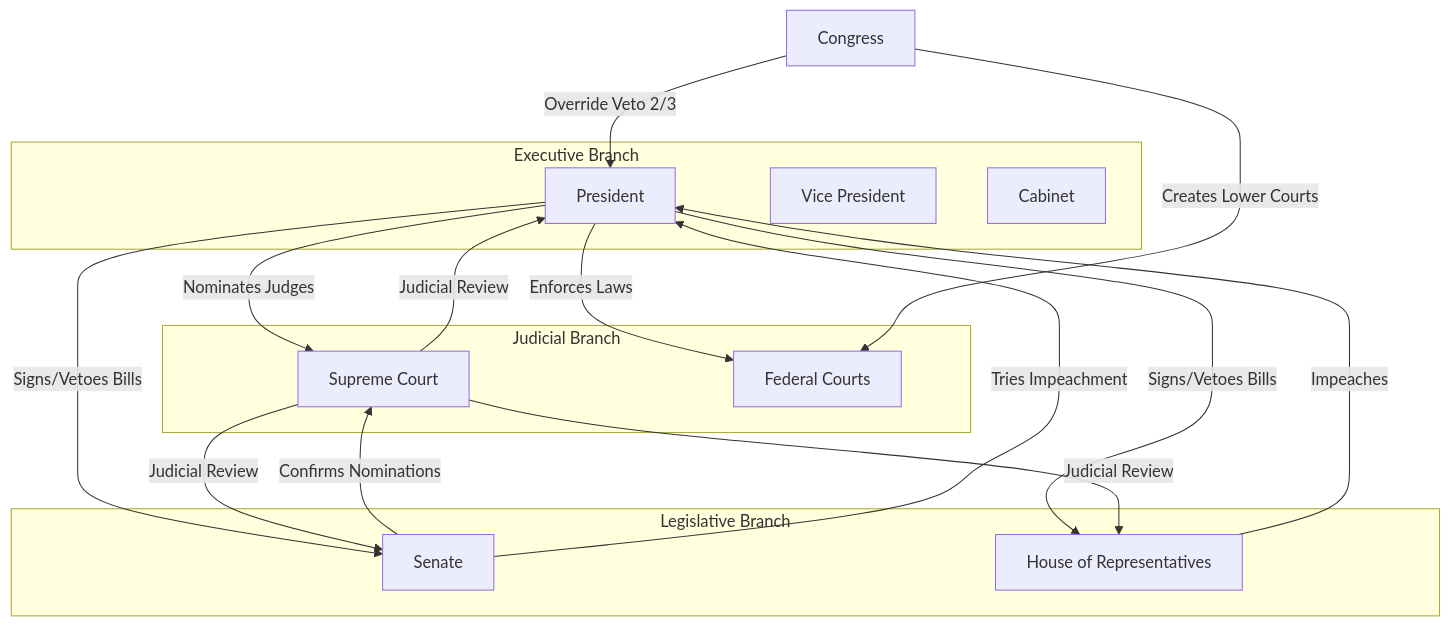
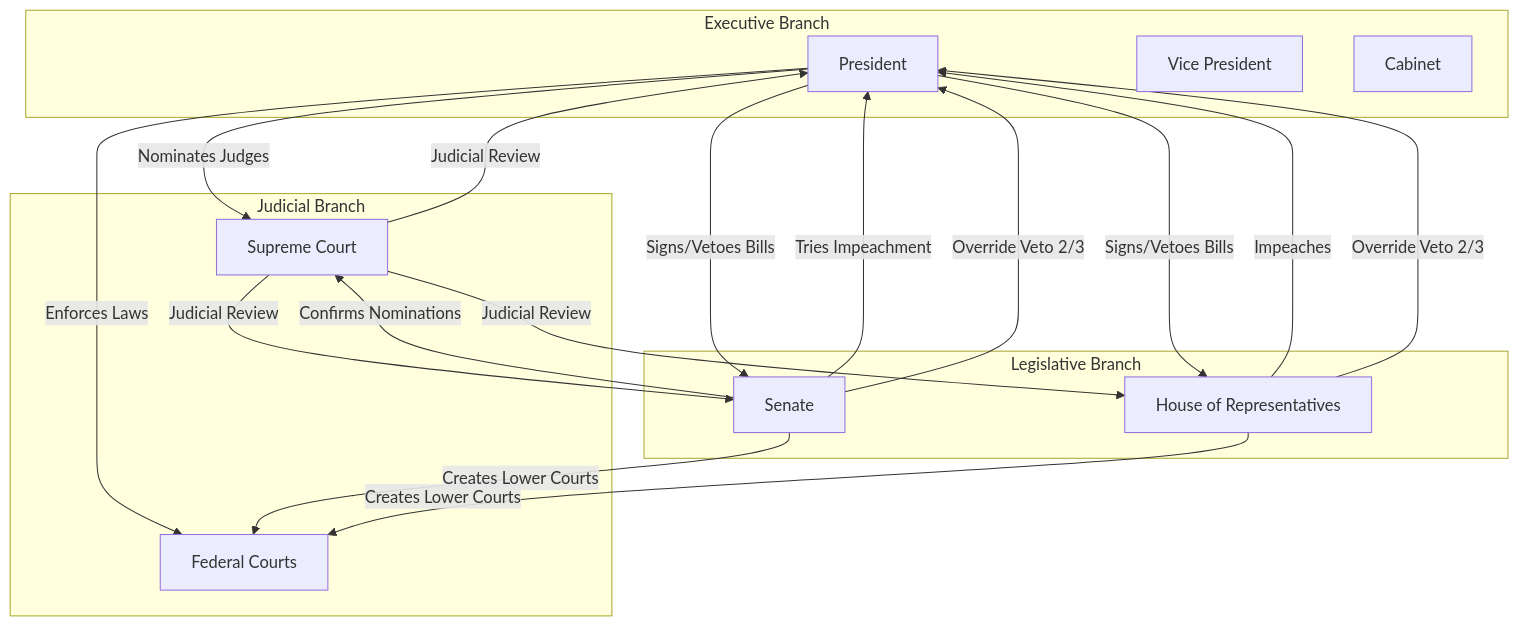
The third of 5 diagrams in us_constitution.md (stevenfazzio/us_constitution), drawn with Mermaid before and after one commit.

Commit message:
Fix Separation of Powers diagram - remove floating Congress node
- Remove Congress node that was outside Legislative Branch subgraph
- Connect Senate and House directly to show their joint powers
- Both chambers now properly shown creating lower courts
- Both chambers now properly shown overriding vetoes

🤖 Generated with [Claude Code](https://claude.ai/code)

````diff
--- a/us_constitution.md
+++ b/us_constitution.md
@@ -1238,31 +1238,33 @@
 ```mermaid
 graph TB
     subgraph "Executive Branch"
         PRES[President]
         VP[Vice President]
         CAB[Cabinet]
     end
     
     subgraph "Legislative Branch"
         SEN[Senate]
         HOUSE[House of Representatives]
     end
     
     subgraph "Judicial Branch"
         SCOTUS[Supreme Court]
         FED[Federal Courts]
     end
     
     PRES -->|Nominates Judges| SCOTUS
     SEN -->|Confirms Nominations| SCOTUS
     PRES -->|Signs/Vetoes Bills| SEN
     PRES -->|Signs/Vetoes Bills| HOUSE
     HOUSE -->|Impeaches| PRES
     SEN -->|Tries Impeachment| PRES
     SCOTUS -->|Judicial Review| PRES
     SCOTUS -->|Judicial Review| SEN
     SCOTUS -->|Judicial Review| HOUSE
     PRES -->|Enforces Laws| FED
-    CONGRESS[Congress] -->|Creates Lower Courts| FED
-    CONGRESS -->|Override Veto 2/3| PRES
+    SEN -->|Creates Lower Courts| FED
+    HOUSE -->|Creates Lower Courts| FED
+    SEN -->|Override Veto 2/3| PRES
+    HOUSE -->|Override Veto 2/3| PRES
 ```
````
